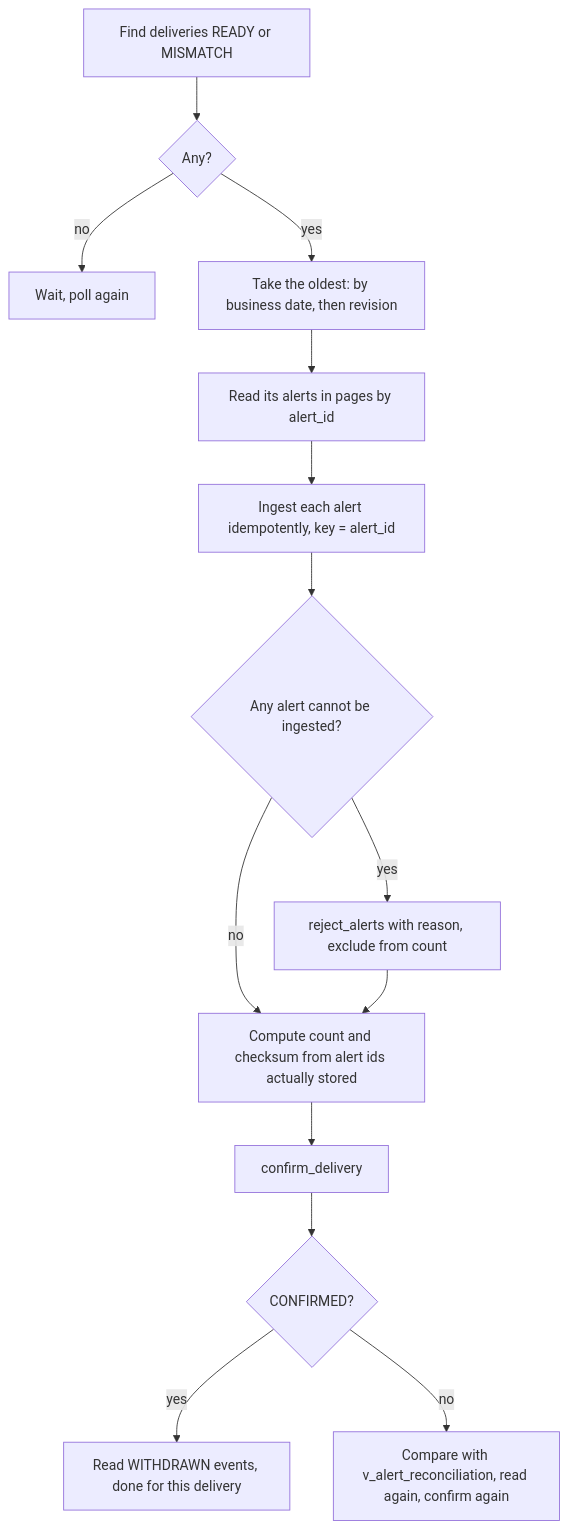
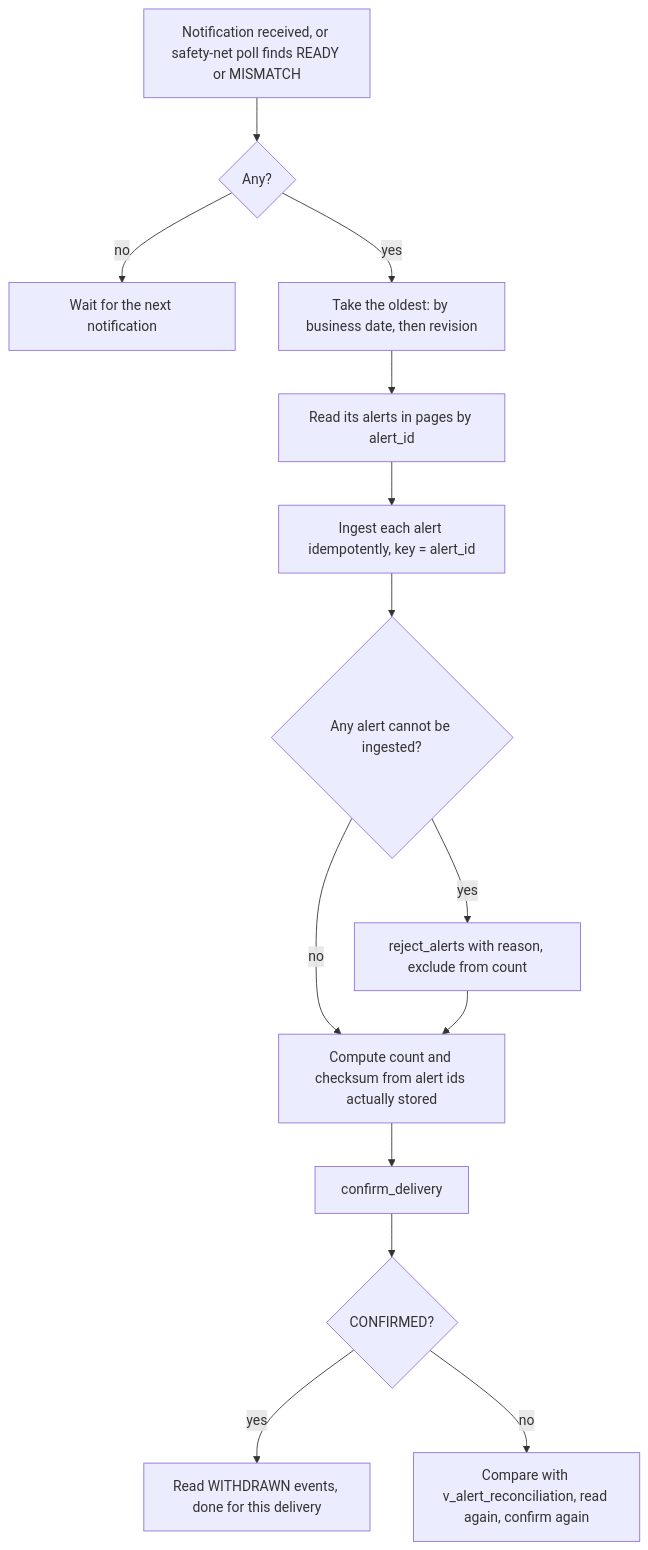
Before and after one commit to sertaj-hub/FisRuleEngine: the fourth of 6 diagrams in docs/case-management-alert-intake.md, drawn with Mermaid. The commit also changed other lines of this file and 18 other files, not shown here.

````diff
--- a/docs/case-management-alert-intake.md
+++ b/docs/case-management-alert-intake.md
@@ -103,16 +103,16 @@
 ```mermaid
 flowchart TD
-  A[Find deliveries READY or MISMATCH] --> B{Any?}
-  B -- no --> Z[Wait, poll again]
+  A[Notification received, or safety-net poll finds READY or MISMATCH] --> B{Any?}
+  B -- no --> Z[Wait for the next notification]
   B -- yes --> C[Take the oldest: by business date, then revision]
   C --> D[Read its alerts in pages by alert_id]
   D --> E[Ingest each alert idempotently, key = alert_id]
   E --> F{Any alert cannot be ingested?}
   F -- yes --> G[reject_alerts with reason, exclude from count]
   F -- no --> H[Compute count and checksum from alert ids actually stored]
   G --> H
   H --> I[confirm_delivery]
   I --> J{CONFIRMED?}
   J -- yes --> K[Read WITHDRAWN events, done for this delivery]
   J -- no --> L[Compare with v_alert_reconciliation, read again, confirm again]
 ```
````
